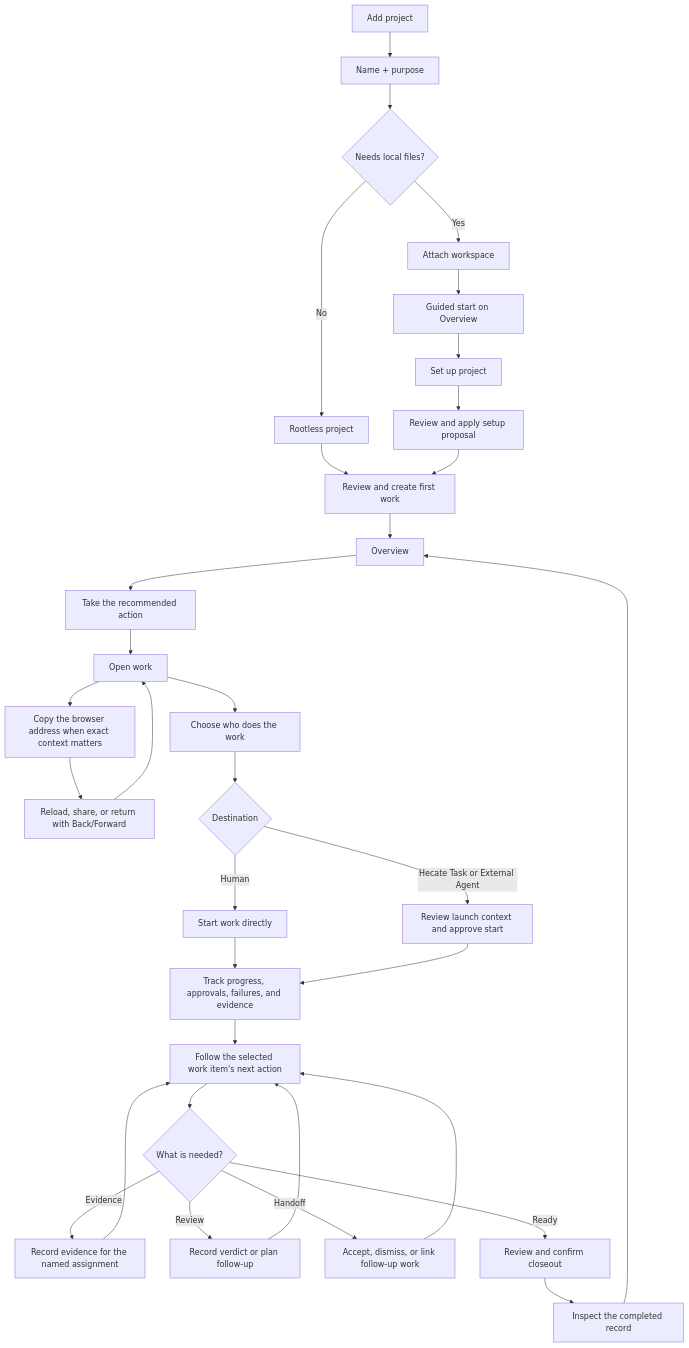
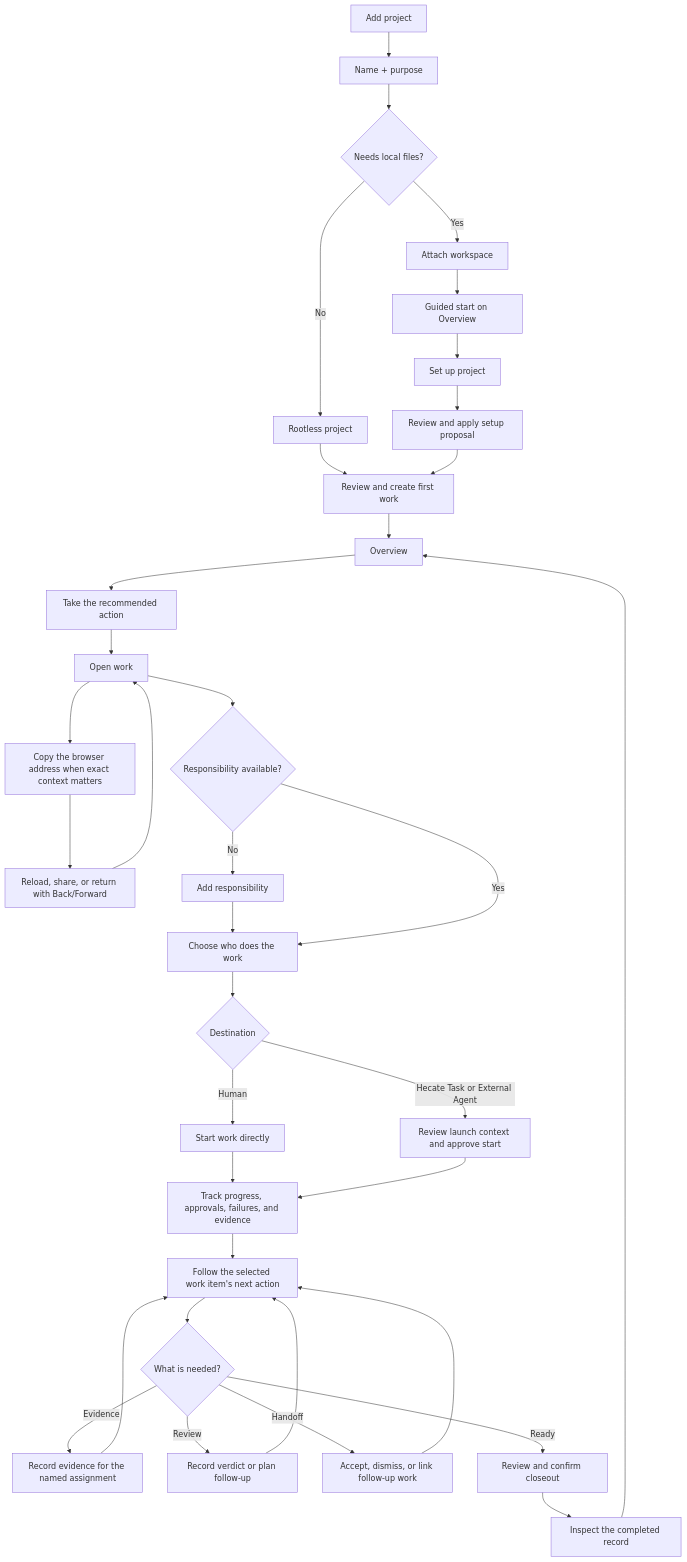
Before and after one commit to hecatehq/hecate: the second of 6 diagrams in docs/design/proposals/projects-cockpit-ux.md, drawn with Mermaid. The commit also changed other lines of this file and 27 other files, not shown here.

````diff
--- a/docs/design/proposals/projects-cockpit-ux.md
+++ b/docs/design/proposals/projects-cockpit-ux.md
@@ -118,35 +129,38 @@
 ```mermaid
 flowchart TD
   A["Add project"] --> B["Name + purpose"]
   B --> C{"Needs local files?"}
   C -->|"No"| D["Rootless project"]
   C -->|"Yes"| E["Attach workspace"]
   D --> FW["Review and create first work"]
   E --> F["Guided start on Overview"]
   F --> FS["Set up project"]
   FS --> FR["Review and apply setup proposal"]
   FR --> FW
   FW --> G["Overview"]
   G --> H["Take the recommended action"]
   H --> I["Open work"]
   I --> U["Copy the browser address when exact context matters"]
   U --> V["Reload, share, or return with Back/Forward"]
   V --> I
-  I --> J["Choose who does the work"]
+  I --> JR{"Responsibility available?"}
+  JR -->|"No"| JA["Add responsibility"]
+  JA --> J["Choose who does the work"]
+  JR -->|"Yes"| J
   J --> K{"Destination"}
   K -->|"Human"| KH["Start work directly"]
   K -->|"Hecate Task or External Agent"| KA["Review launch context and approve start"]
   KH --> L["Track progress, approvals, failures, and evidence"]
   KA --> L
   L --> M["Follow the selected work item's next action"]
   M --> N{"What is needed?"}
   N -->|"Evidence"| NE["Record evidence for the named assignment"]
   N -->|"Review"| NR["Record verdict or plan follow-up"]
   N -->|"Handoff"| NH["Accept, dismiss, or link follow-up work"]
   N -->|"Ready"| O["Review and confirm closeout"]
   NE --> M
   NR --> M
   NH --> M
   O --> P["Inspect the completed record"]
   P --> G
 ```
````
